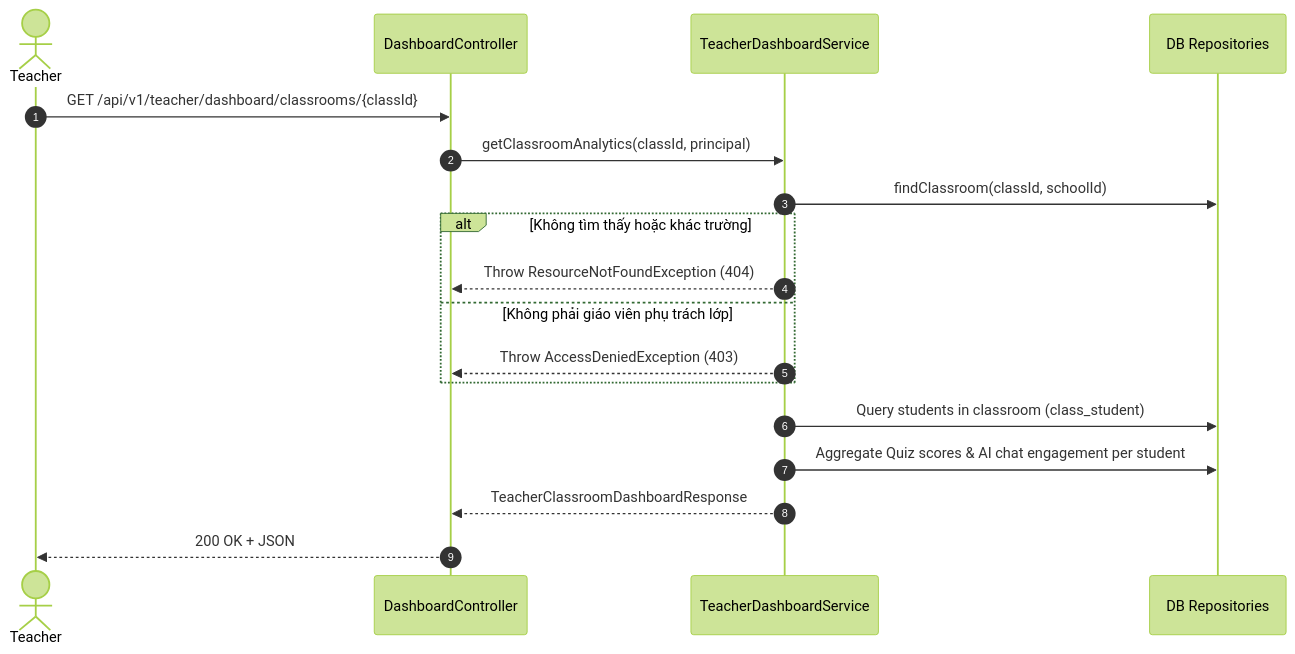
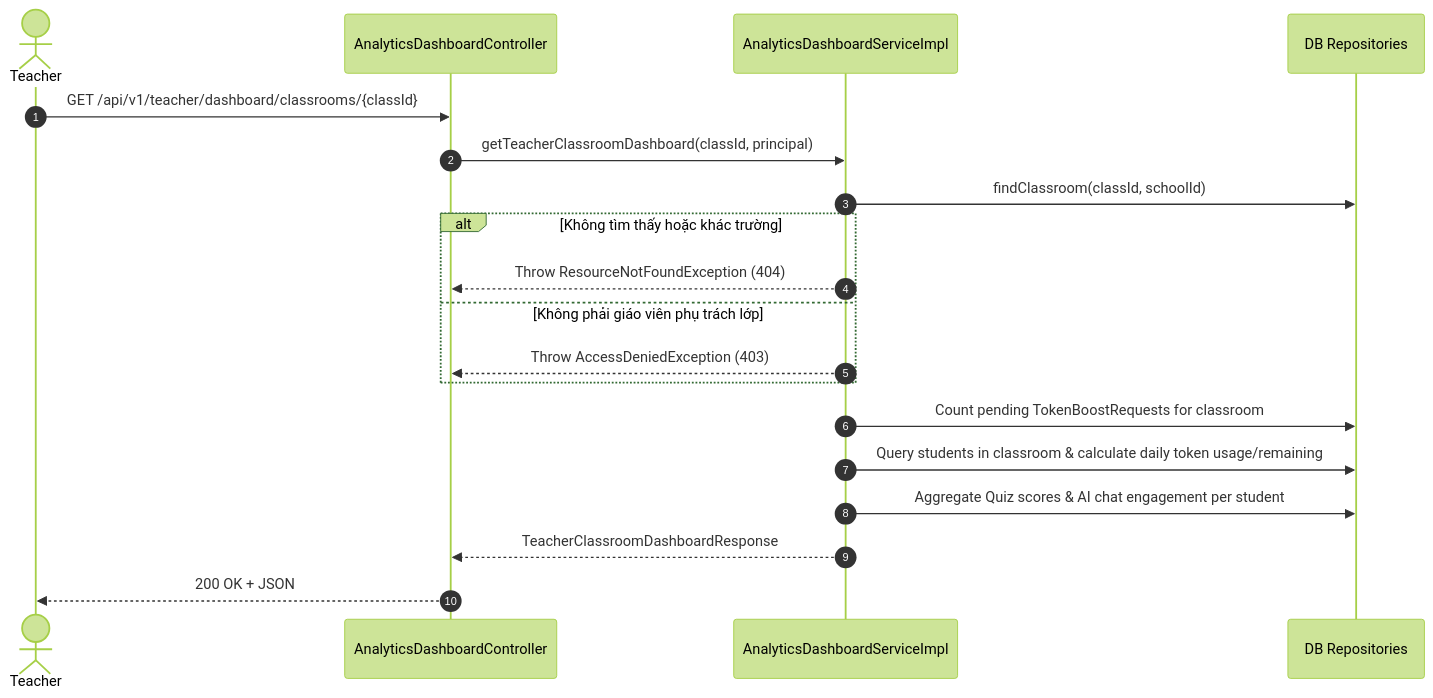
The third of 3 diagrams in docs/sprints/sprint_6/business_flows/dashboards_and_analytics_business_flow.md (DinhTQSE/Capstone_FinalProject_HistoryTalk), drawn with Mermaid (forest theme) before and after one commit. The commit also changed other lines of this file and 11 other files, not shown here.

Commit message:
feat(dashboard): align sprint 6 dashboards with shared token pool, daily limits, and school subscription lifecycle

````diff
--- a/docs/sprints/sprint_6/business_flows/dashboards_and_analytics_business_flow.md
+++ b/docs/sprints/sprint_6/business_flows/dashboards_and_analytics_business_flow.md
@@ -107,21 +109,22 @@
 ```mermaid
 sequenceDiagram
     autonumber
     actor T as Teacher
-    participant API as DashboardController
-    participant Svc as TeacherDashboardService
+    participant API as AnalyticsDashboardController
+    participant Svc as AnalyticsDashboardServiceImpl
     participant Repo as DB Repositories
 
     T->>API: GET /api/v1/teacher/dashboard/classrooms/{classId}
-    API->>Svc: getClassroomAnalytics(classId, principal)
+    API->>Svc: getTeacherClassroomDashboard(classId, principal)
     Svc->>Repo: findClassroom(classId, schoolId)
     alt Không tìm thấy hoặc khác trường
         Svc-->>API: Throw ResourceNotFoundException (404)
     else Không phải giáo viên phụ trách lớp
         Svc-->>API: Throw AccessDeniedException (403)
     end
-    Svc->>Repo: Query students in classroom (class_student)
+    Svc->>Repo: Count pending TokenBoostRequests for classroom
+    Svc->>Repo: Query students in classroom & calculate daily token usage/remaining
     Svc->>Repo: Aggregate Quiz scores & AI chat engagement per student
     Svc-->>API: TeacherClassroomDashboardResponse
     API-->>T: 200 OK + JSON
 ```
````
